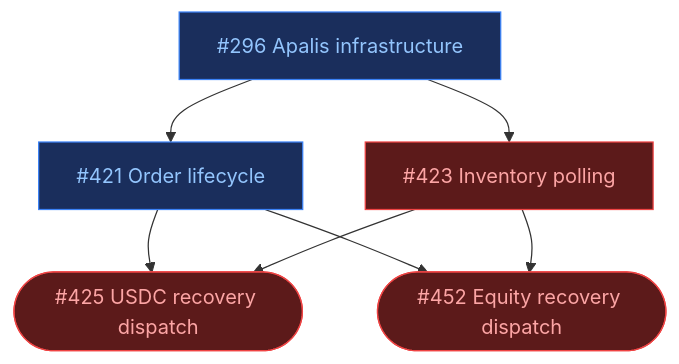
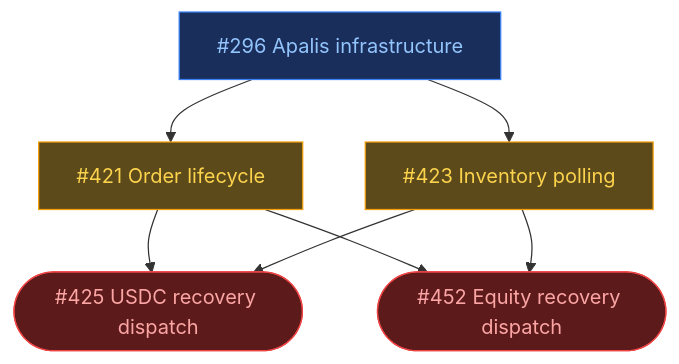
Before and after one commit to ST0x-Technology/st0x.liquidity: the third of 8 diagrams in ROADMAP.md, drawn with Mermaid. The commit also changed other lines of this file, not shown here.

Commit message:
roadmap: add 'ready' state for stackable dependencies, re-evaluate all graphs

````diff
--- a/ROADMAP.md
+++ b/ROADMAP.md
@@ -121,19 +116,20 @@
 ```mermaid
 graph TD
     classDef wip fill:#1a2e5c,stroke:#3b82f6,color:#93c5fd
+    classDef ready fill:#5c4a1a,stroke:#f59e0b,color:#fcd34d
     classDef blocked fill:#5c1a1a,stroke:#ef4444,color:#fca5a5
 
     id296["#296 Apalis infrastructure"]:::wip
-    id421["#421 Order lifecycle"]:::wip
-    id423["#423 Inventory polling"]:::blocked
+    id421["#421 Order lifecycle"]:::ready
+    id423["#423 Inventory polling"]:::ready
     id425(["#425 USDC recovery dispatch"]):::blocked
     id452(["#452 Equity recovery dispatch"]):::blocked
 
     id296 --> id421 & id423 --> id425 & id452
 
     click id296 href "https://github.com/ST0x-Technology/st0x.liquidity/issues/296"
     click id421 href "https://github.com/ST0x-Technology/st0x.liquidity/issues/421"
     click id423 href "https://github.com/ST0x-Technology/st0x.liquidity/issues/423"
     click id425 href "https://github.com/ST0x-Technology/st0x.liquidity/issues/425"
     click id452 href "https://github.com/ST0x-Technology/st0x.liquidity/issues/452"
 ```
````
